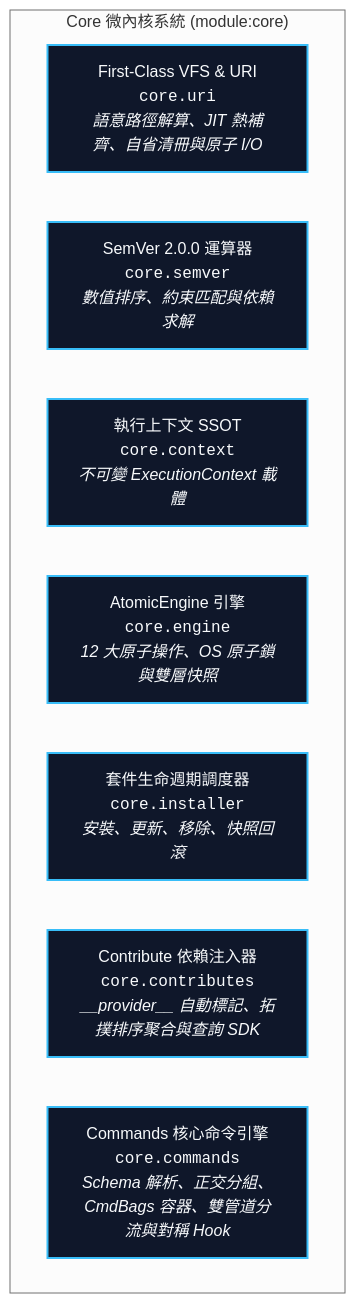
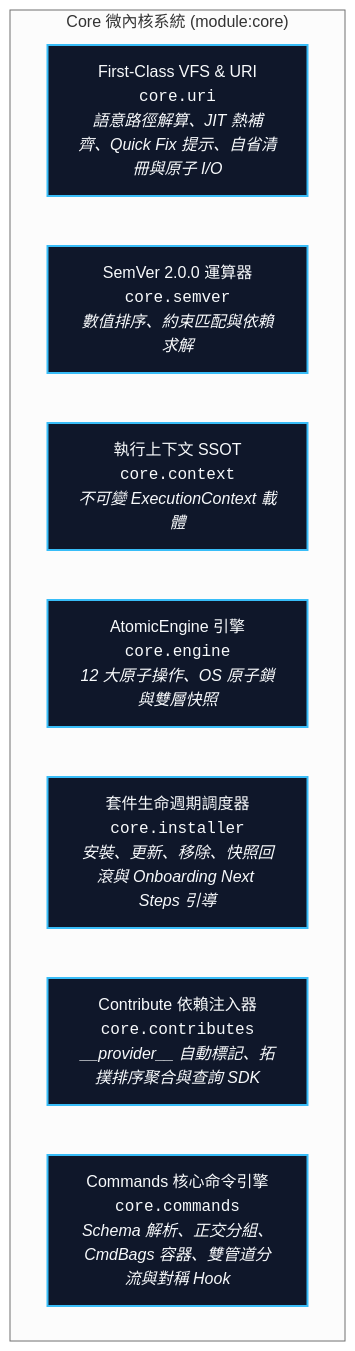
Before and after one commit to ysnaive/ys-codebase: the diagram in docs/core/README.md, drawn with Mermaid (neutral theme). The commit also changed other lines of this file and 32 other files, not shown here.

Commit message:
feat(onboarding): overhaul downstream quickstart docs, add CLI next-steps banners and actionable URI quick-fix hints

````diff
--- a/docs/core/README.md
+++ b/docs/core/README.md
@@ -13,14 +13,14 @@
 ```mermaid
 graph TD
     classDef sub fill:#0f172a,stroke:#38bdf8,stroke-width:2px,color:#f8fafc;
     
     subgraph CoreModule ["Core 微內核系統 (module:core)"]
-        VFS["First-Class VFS & URI<br/><code>core.uri</code><br/><i>語意路徑解算、JIT 熱補齊、自省清冊與原子 I/O</i>"]:::sub
+        VFS["First-Class VFS & URI<br/><code>core.uri</code><br/><i>語意路徑解算、JIT 熱補齊、Quick Fix 提示、自省清冊與原子 I/O</i>"]:::sub
         SemVer["SemVer 2.0.0 運算器<br/><code>core.semver</code><br/><i>數值排序、約束匹配與依賴求解</i>"]:::sub
         Context["執行上下文 SSOT<br/><code>core.context</code><br/><i>不可變 ExecutionContext 載體</i>"]:::sub
         Engine["AtomicEngine 引擎<br/><code>core.engine</code><br/><i>12 大原子操作、OS 原子鎖與雙層快照</i>"]:::sub
-        Installer["套件生命週期調度器<br/><code>core.installer</code><br/><i>安裝、更新、移除、快照回滾</i>"]:::sub
+        Installer["套件生命週期調度器<br/><code>core.installer</code><br/><i>安裝、更新、移除、快照回滾與 Onboarding Next Steps 引導</i>"]:::sub
         Contributes["Contribute 依賴注入器<br/><code>core.contributes</code><br/><i>__provider__ 自動標記、拓撲排序聚合與查詢 SDK</i>"]:::sub
         Commands["Commands 核心命令引擎<br/><code>core.commands</code><br/><i>Schema 解析、正交分組、CmdBags 容器、雙管道分流與對稱 Hook</i>"]:::sub
     end
 ```
````
